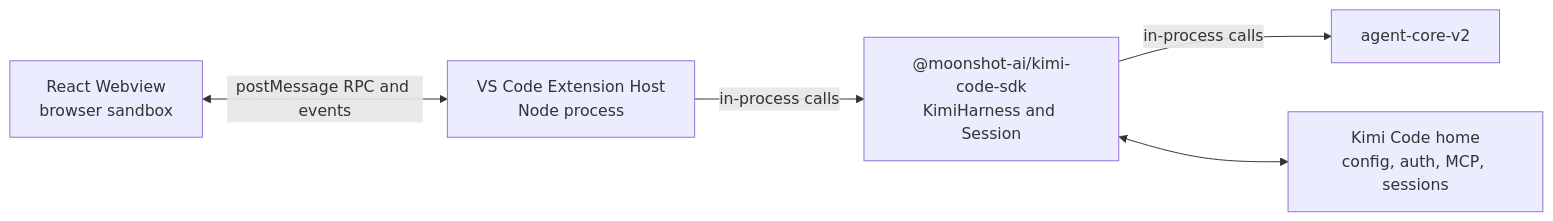
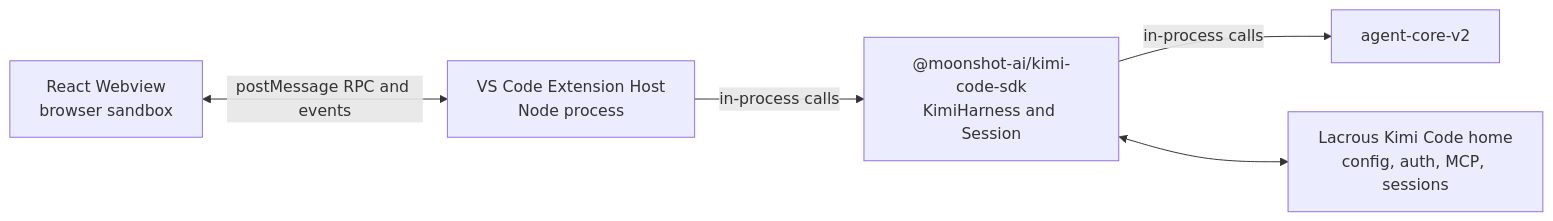
Before and after one commit to lacrous/kimi-code-by-lacrous: the diagram in apps/vscode/docs/node-sdk-migration.md, drawn with Mermaid. The commit also changed other lines of this file and 208 other files, not shown here.

First line of the commit message:
chore: rename product display title to Lacrous Kimi Code

````diff
--- a/apps/vscode/docs/node-sdk-migration.md
+++ b/apps/vscode/docs/node-sdk-migration.md
@@ -57,13 +57,13 @@
 ```mermaid
 flowchart LR
   UI["React Webview<br/>browser sandbox"]
   Host["VS Code Extension Host<br/>Node process"]
   SDK["@moonshot-ai/kimi-code-sdk<br/>KimiHarness and Session"]
   Core["agent-core-v2"]
-  Home["Kimi Code home<br/>config, auth, MCP, sessions"]
+  Home["Lacrous Kimi Code home<br/>config, auth, MCP, sessions"]
 
   UI <-->|"postMessage RPC and events"| Host
   Host -->|"in-process calls"| SDK
   SDK -->|"in-process calls"| Core
   SDK <--> Home
 ```
````
